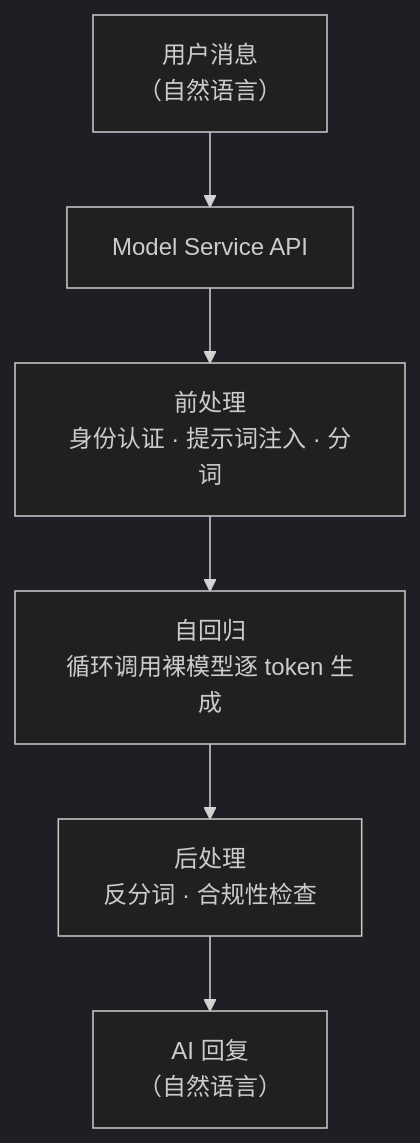
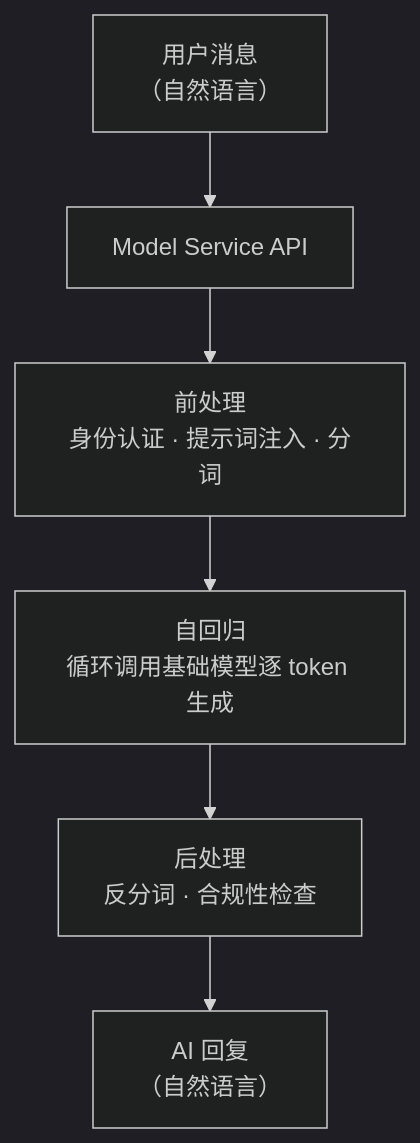
Before and after one commit to xjq11029/my-notes-and-utils: the first of 2 diagrams in docs/大模型与神经网络原理笔记/ch02_model_service.md, drawn with Mermaid (dark theme). The commit also changed other lines of this file and 63 other files, not shown here.

````diff
--- a/docs/大模型与神经网络原理笔记/ch02_model_service.md
+++ b/docs/大模型与神经网络原理笔记/ch02_model_service.md
@@ -135,8 +212,8 @@
 ```mermaid
 graph TD
     A["用户消息<br/>（自然语言）"] --> B["Model Service API"]
     B --> B1["前处理<br/>身份认证 · 提示词注入 · 分词"]
-    B1 --> B2["自回归<br/>循环调用裸模型逐 token 生成"]
+    B1 --> B2["自回归<br/>循环调用基础模型逐 token 生成"]
     B2 --> B3["后处理<br/>反分词 · 合规性检查"]
     B3 --> C["AI 回复<br/>（自然语言）"]
 ```
````
